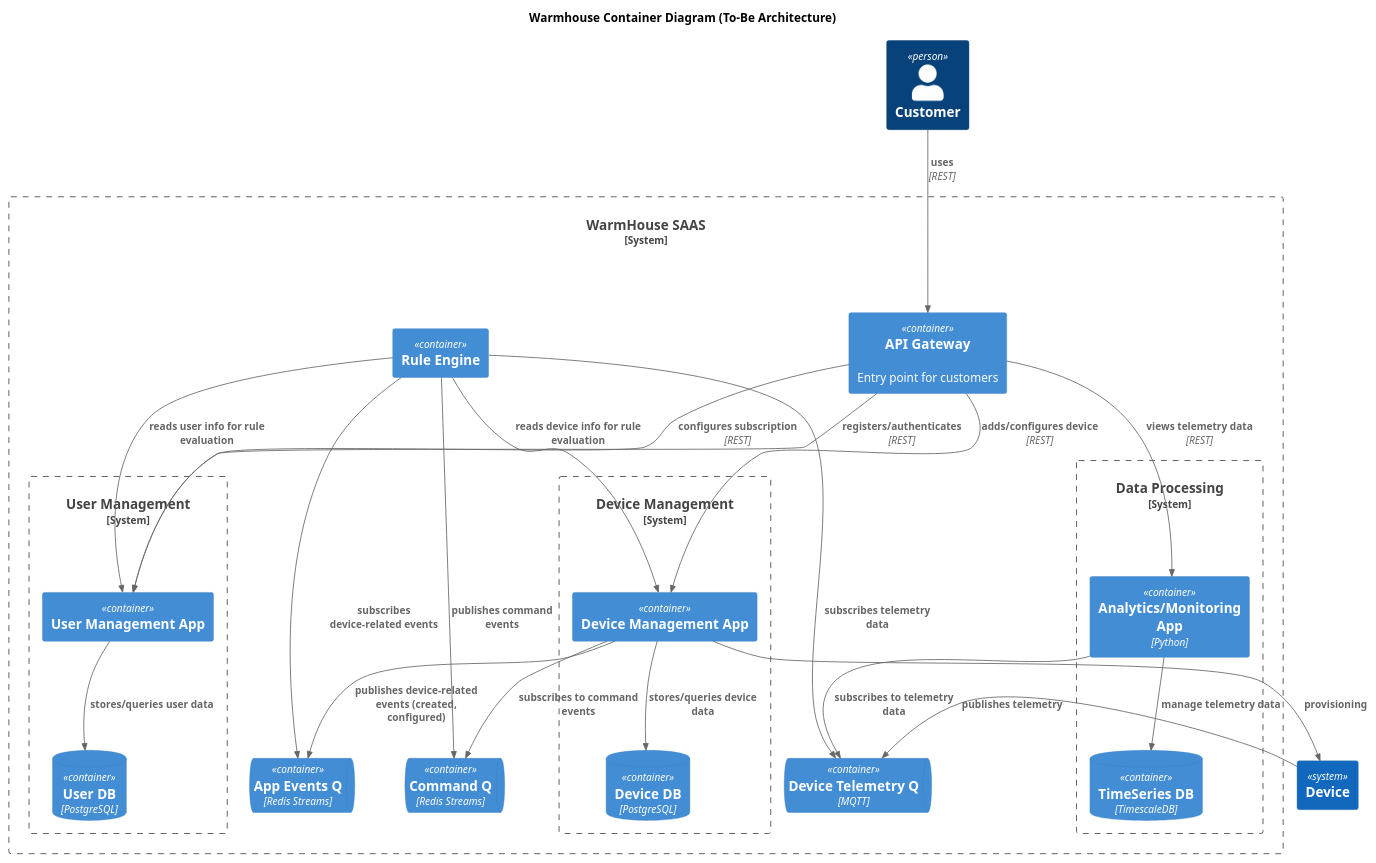
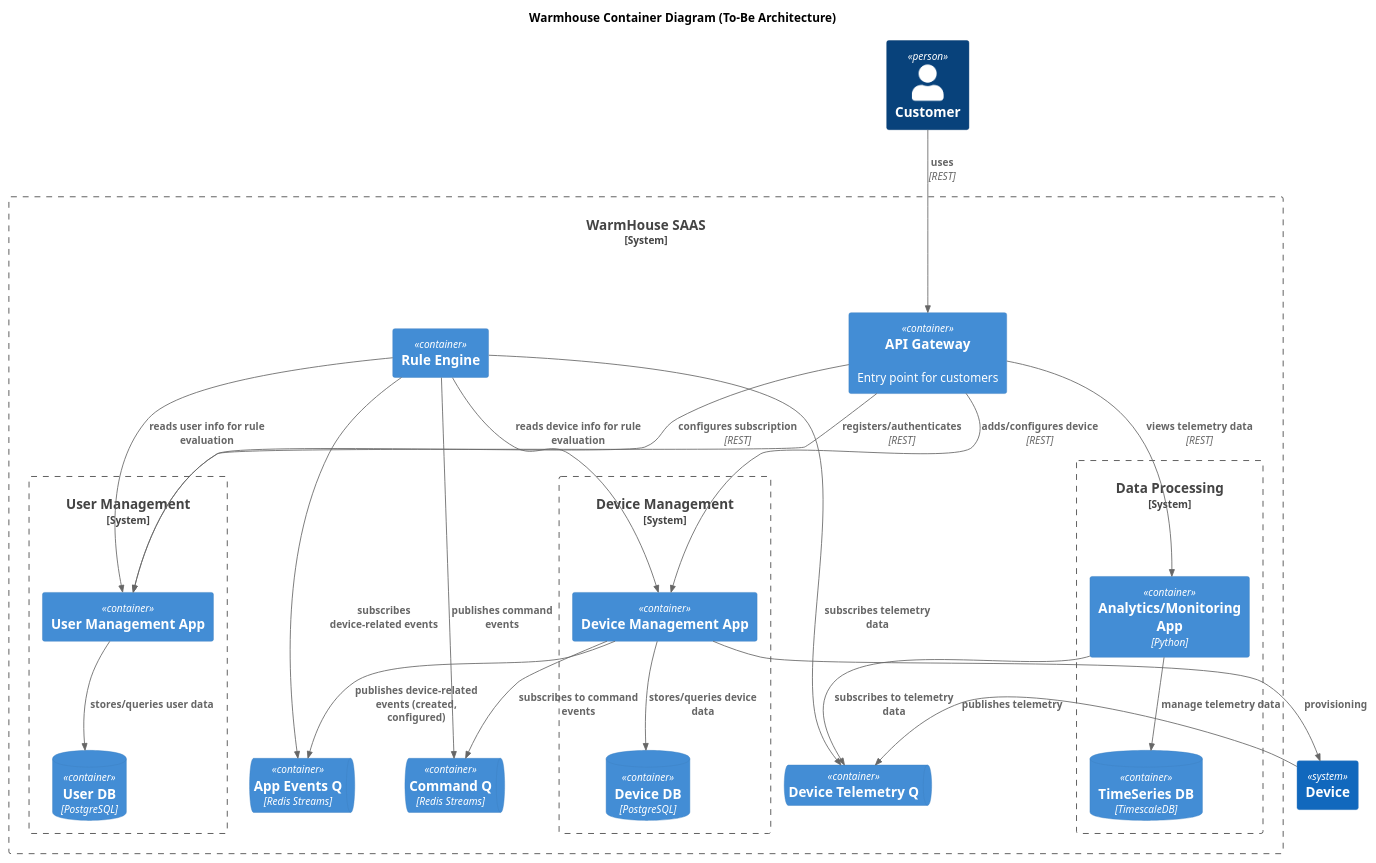
The diagram in schemas/to_be/warmhouse_container_to_be.puml (Upforup/architecture-pro-warmhouse), drawn with PlantUML before and after one commit.

```diff
--- a/schemas/to_be/warmhouse_container_to_be.puml
+++ b/schemas/to_be/warmhouse_container_to_be.puml
@@ -1,57 +1,57 @@
 @startuml warmhouse_container_to_be
 title Warmhouse Container Diagram (To-Be Architecture)
 
 top to bottom direction
 
 !include <C4/C4_Container>
 
 Person(user, "Customer", "")
 System(device, "Device")
 
 System_Boundary(wh, "WarmHouse SAAS") {
     Container(api, "API Gateway", "", "Entry point for customers")
  
     System_Boundary(u, "User Management") {
         Container(usersApp, "User Management App", "", "")
         ContainerDb(usersDB, "User DB", "PostgreSQL")
     }
     System_Boundary(d, "Device Management") {
         Container(devMgmtApp, "Device Management App", "", "")
         ContainerDb(devMgmtDB, "Device DB", "PostgreSQL")
     }
     System_Boundary(m, "Data Processing") {
         Container(monitoringApp, "Analytics/Monitoring App", "Python", "")
         ContainerDb(telemetryDB, "TimeSeries DB", "TimescaleDB")
     }
 
     Container(rulesEngineApp, "Rule Engine", "", "")
-    ContainerQueue(tmQ, "Device Telemetry Q", "MQTT", "")
+    ContainerQueue(tmQ, "Device Telemetry Q")
     ContainerQueue(appEventsQ, "App Events Q", "Redis Streams")
     ContainerQueue(commandQ, "Command Q", "Redis Streams")
 }
 
 Rel(user, api, "uses", "REST")
 Rel(device, tmQ, "publishes telemetry")
 Rel(api, usersApp, "registers/authenticates", "REST")
 Rel(api, devMgmtApp, "adds/configures device", "REST")
 Rel(api, usersApp, "configures subscription", "REST")
 Rel(api, monitoringApp, "views telemetry data", "REST")
 
 Rel(devMgmtApp, device, "provisioning", "")
 
 Rel(devMgmtApp, devMgmtDB, "stores/queries device data")
 Rel(usersApp, usersDB, "stores/queries user data")
 
 Rel(devMgmtApp, appEventsQ, "publishes device-related events (created, configured)", "")
 Rel(rulesEngineApp, appEventsQ, "subscribes device-related events", "")
 Rel(rulesEngineApp, commandQ, "publishes command events", "")
 Rel(rulesEngineApp, devMgmtApp, "reads device info for rule evaluation", "")
 Rel(rulesEngineApp, usersApp, "reads user info for rule evaluation", "")
 
 Rel(devMgmtApp, commandQ, "subscribes to command events")
 Rel(rulesEngineApp, tmQ, "subscribes telemetry data")
 
 Rel(monitoringApp, tmQ, "subscribes to telemetry data")
 Rel(monitoringApp, telemetryDB, "manage telemetry data")
 
 @enduml
```
